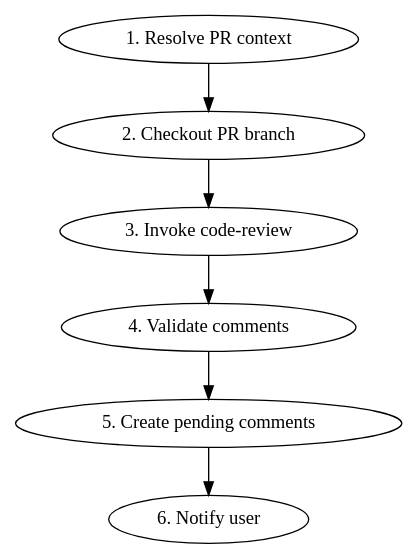
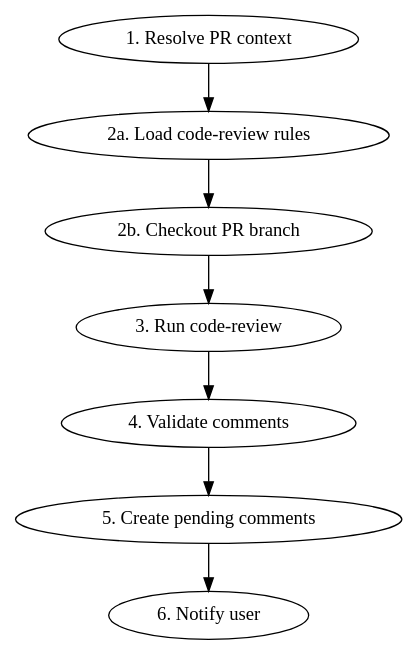
Before and after one commit to jane-ry-shiu/claude-code-kit: the diagram in skills/review-workflow/references/pr-review.md, drawn with Graphviz. The commit also changed other lines of this file, not shown here.

First line of the commit message:
fix: load code-review rules before reading code in PR review

````diff
--- a/skills/review-workflow/references/pr-review.md
+++ b/skills/review-workflow/references/pr-review.md
@@ -29,9 +29,10 @@
 ```dot
 digraph pr_review {
-    "1. Resolve PR context" -> "2. Checkout PR branch";
-    "2. Checkout PR branch" -> "3. Invoke code-review";
-    "3. Invoke code-review" -> "4. Validate comments";
+    "1. Resolve PR context" -> "2a. Load code-review rules";
+    "2a. Load code-review rules" -> "2b. Checkout PR branch";
+    "2b. Checkout PR branch" -> "3. Run code-review";
+    "3. Run code-review" -> "4. Validate comments";
     "4. Validate comments" -> "5. Create pending comments";
     "5. Create pending comments" -> "6. Notify user";
 }
 ```
````
